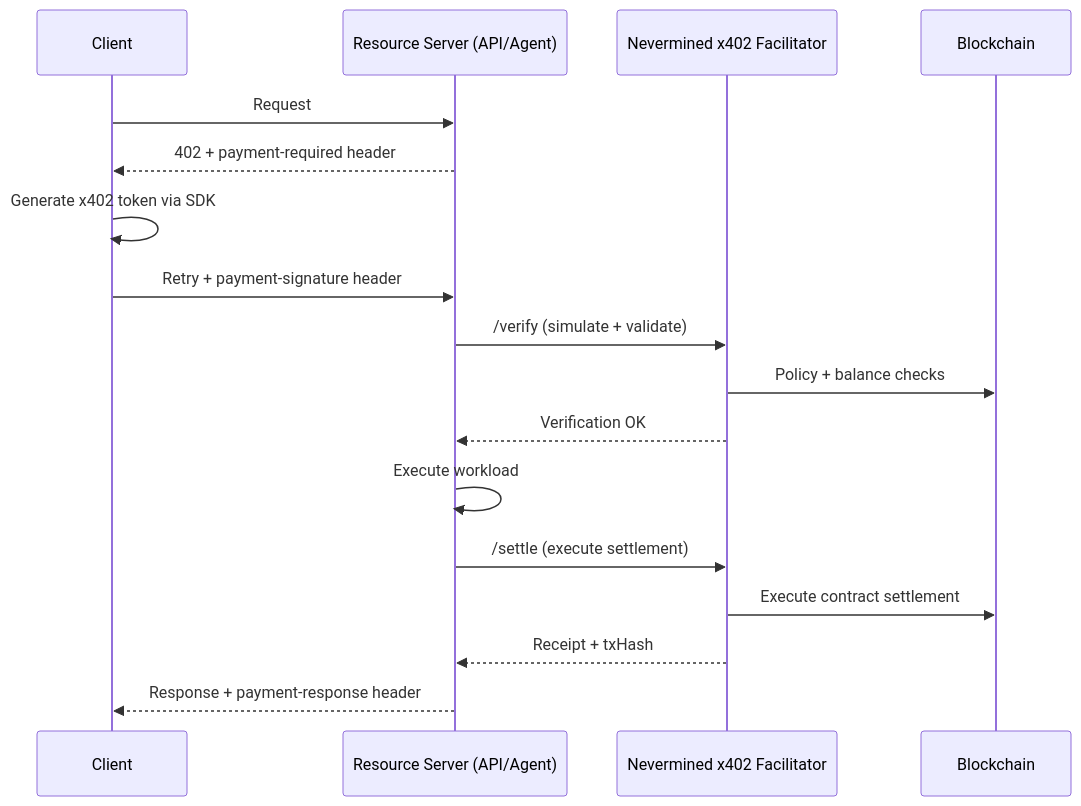
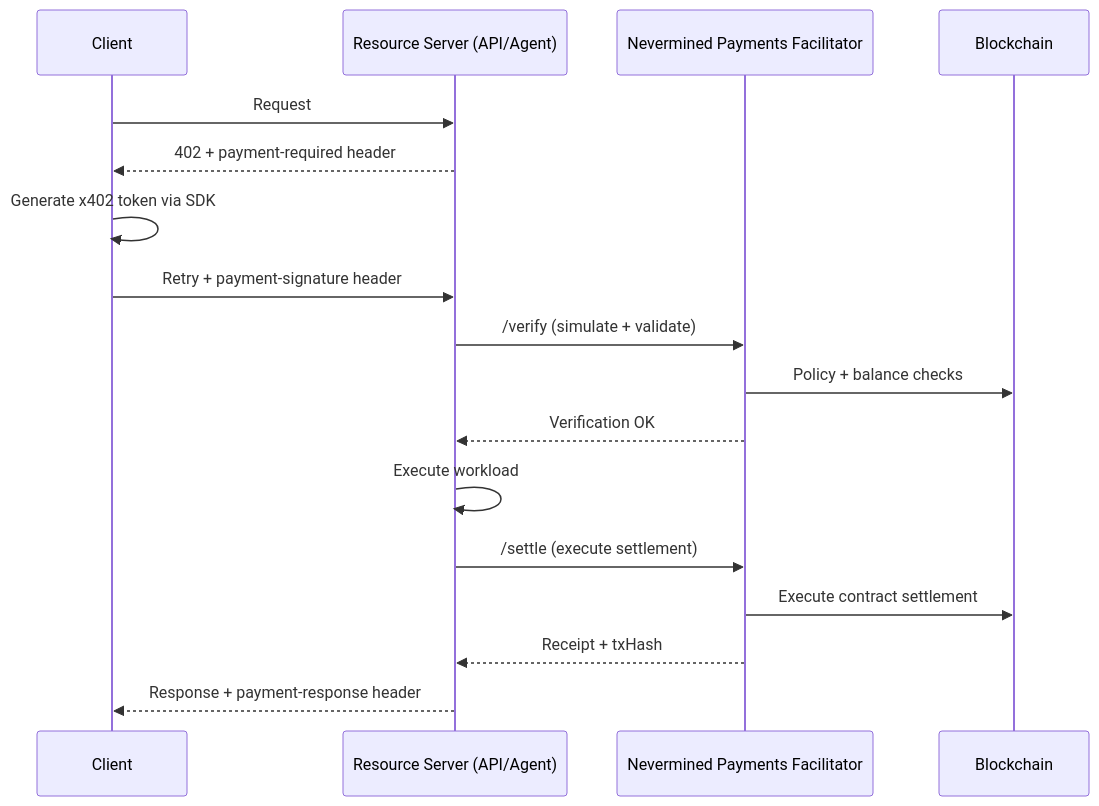
One commit to nevermined-io/docs changed the diagram in products/x402-facilitator/overview.mdx. Above: the diagram before and after it, drawn with Mermaid. The commit also changed other lines of this file and 11 other files, not shown here.

````diff
--- a/products/x402-facilitator/overview.mdx
+++ b/products/x402-facilitator/overview.mdx
@@ -64,25 +92,25 @@
 ```mermaid
 sequenceDiagram
     participant Client
     participant Server as Resource Server (API/Agent)
-    participant Facilitator as Nevermined x402 Facilitator
+    participant Facilitator as Nevermined Payments Facilitator
     participant Chain as Blockchain
 
     Client->>Server: Request
     Server-->>Client: 402 + payment-required header
 
     Client->>Client: Generate x402 token via SDK
     Client->>Server: Retry + payment-signature header
 
     Server->>Facilitator: /verify (simulate + validate)
     Facilitator->>Chain: Policy + balance checks
     Facilitator-->>Server: Verification OK
 
     Server->>Server: Execute workload
 
     Server->>Facilitator: /settle (execute settlement)
     Facilitator->>Chain: Execute contract settlement
     Facilitator-->>Server: Receipt + txHash
 
     Server-->>Client: Response + payment-response header
 ```
````
